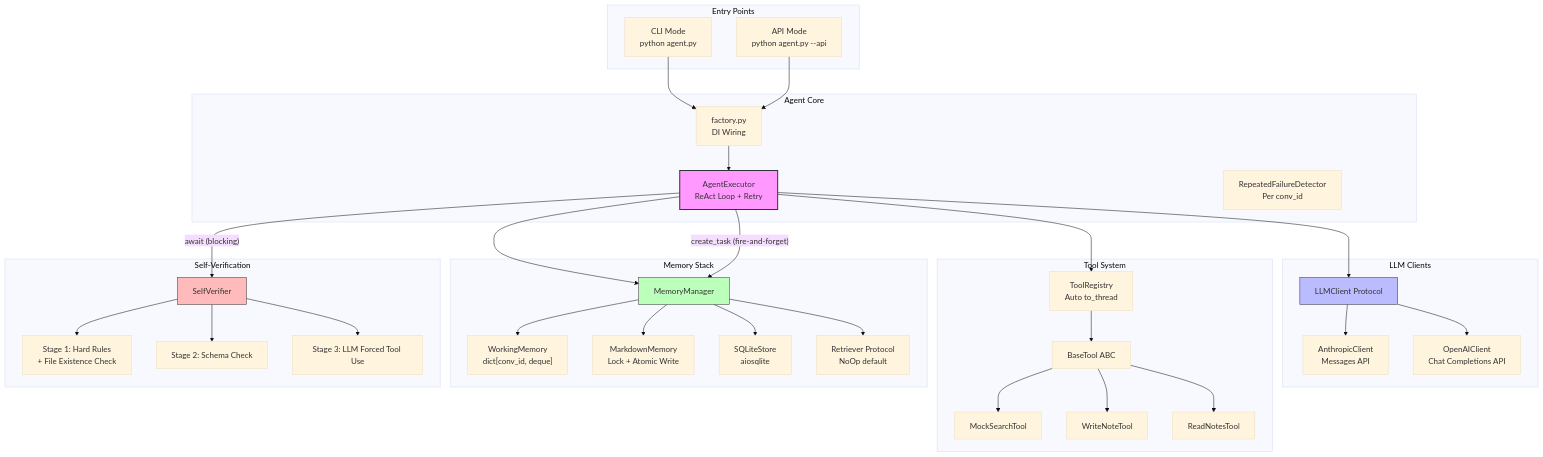
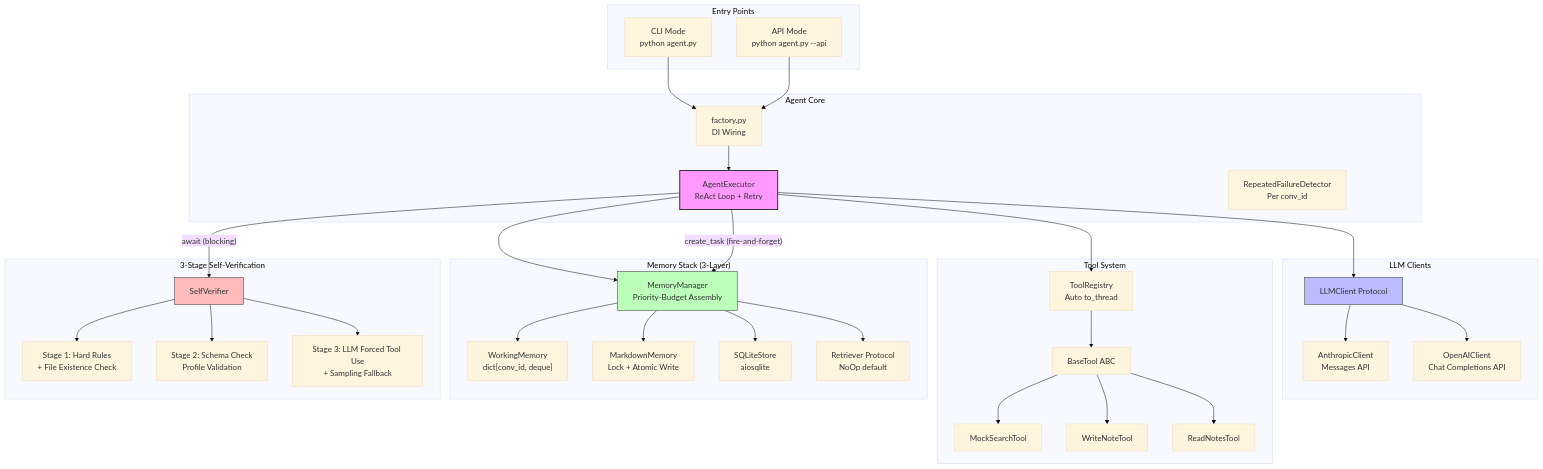
One commit to Akarin-Akari/MIA_AI changed the diagram in README.md. Above: the diagram before and after it, drawn with Mermaid (base theme). The commit also changed other lines of this file, not shown here.

````diff
--- a/README.md
+++ b/README.md
@@ -7,69 +19,69 @@
 ```mermaid
 graph TD
     subgraph Entry["Entry Points"]
         CLI["CLI Mode<br>python agent.py"]
         API["API Mode<br>python agent.py --api"]
     end
 
     subgraph Core["Agent Core"]
         Factory["factory.py<br>DI Wiring"]
         Agent["AgentExecutor<br>ReAct Loop + Retry"]
         Detector["RepeatedFailureDetector<br>Per conv_id"]
     end
 
     subgraph LLM["LLM Clients"]
         Protocol["LLMClient Protocol"]
         Anthropic["AnthropicClient<br>Messages API"]
         OpenAI["OpenAIClient<br>Chat Completions API"]
     end
 
     subgraph Tools["Tool System"]
         Registry["ToolRegistry<br>Auto to_thread"]
         BaseTool["BaseTool ABC"]
         Search["MockSearchTool"]
         Write["WriteNoteTool"]
         Read["ReadNotesTool"]
     end
 
-    subgraph Memory["Memory Stack"]
-        Manager["MemoryManager"]
+    subgraph Memory["Memory Stack (3-Layer)"]
+        Manager["MemoryManager<br>Priority-Budget Assembly"]
         Working["WorkingMemory<br>dict[conv_id, deque]"]
         Markdown["MarkdownMemory<br>Lock + Atomic Write"]
         SQLite["SQLiteStore<br>aiosqlite"]
         Retriever["Retriever Protocol<br>NoOp default"]
     end
 
-    subgraph Verify["Self-Verification"]
+    subgraph Verify["3-Stage Self-Verification"]
         Verifier["SelfVerifier"]
         S1["Stage 1: Hard Rules<br>+ File Existence Check"]
-        S2["Stage 2: Schema Check"]
-        S3["Stage 3: LLM Forced Tool Use"]
+        S2["Stage 2: Schema Check<br>Profile Validation"]
+        S3["Stage 3: LLM Forced Tool Use<br>+ Sampling Fallback"]
     end
 
     CLI --> Factory
     API --> Factory
     Factory --> Agent
     Agent --> Protocol
     Protocol --> Anthropic
     Protocol --> OpenAI
     Agent --> Registry
     Registry --> BaseTool
     BaseTool --> Search
     BaseTool --> Write
     BaseTool --> Read
     Agent --> Manager
     Manager --> Working
     Manager --> Markdown
     Manager --> SQLite
     Manager --> Retriever
     Agent -->|"await (blocking)"| Verifier
     Verifier --> S1
     Verifier --> S2
     Verifier --> S3
     Agent -->|"create_task (fire-and-forget)"| Manager
 
     style Agent fill:#f9f,stroke:#333,stroke-width:2px
     style Verifier fill:#fbb,stroke:#333
     style Manager fill:#bfb,stroke:#333
     style Protocol fill:#bbf,stroke:#333
 ```
````
